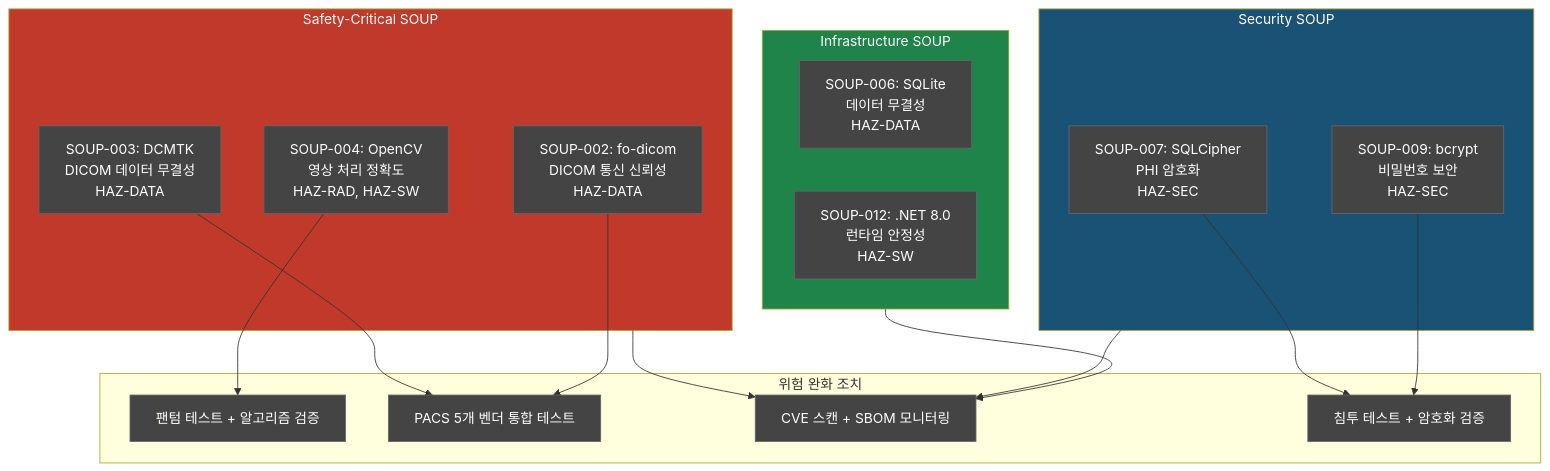
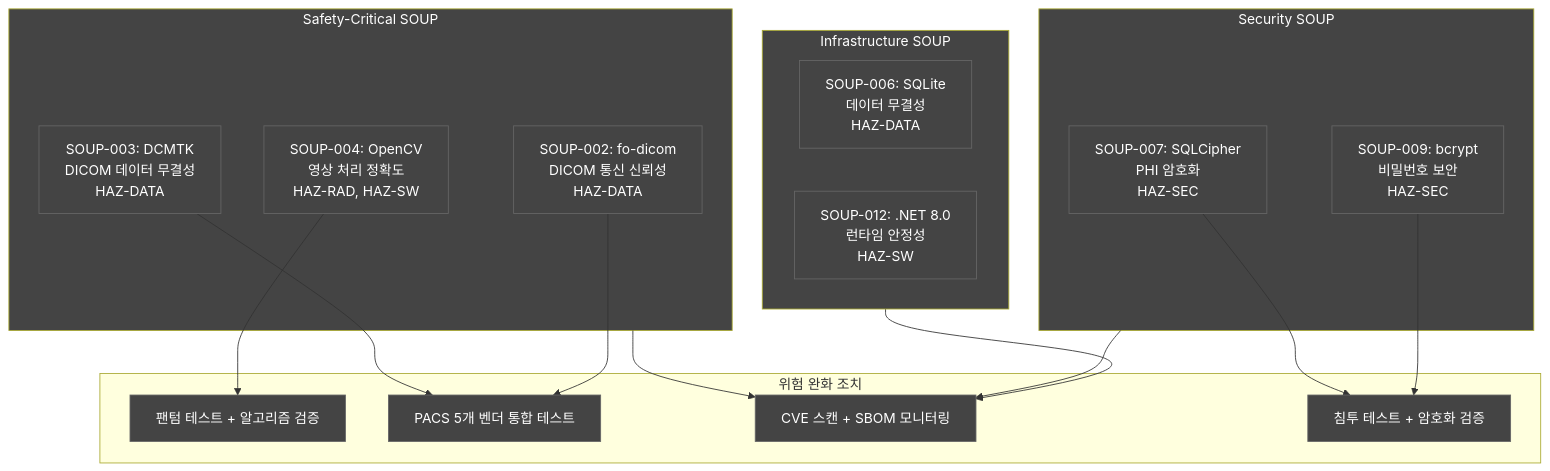
The seventh of 8 diagrams in docs/planning/DOC-004_FRS_v2.0.md (holee9/console-gui), drawn with Mermaid before and after one commit. The commit also changed other lines of this file and 35 other files, not shown here.

First line of the commit message:
fix: 전체 Mermaid 차트 색상 진한 회색 통일

````diff
--- a/docs/planning/DOC-004_FRS_v2.0.md
+++ b/docs/planning/DOC-004_FRS_v2.0.md
@@ -961,35 +961,35 @@
 ```mermaid
 flowchart TD
     subgraph Critical["Safety-Critical SOUP"]
         S4["SOUP-004: OpenCV\n영상 처리 정확도\nHAZ-RAD, HAZ-SW"]
         S3["SOUP-003: DCMTK\nDICOM 데이터 무결성\nHAZ-DATA"]
         S2["SOUP-002: fo-dicom\nDICOM 통신 신뢰성\nHAZ-DATA"]
     end
 
     subgraph Security["Security SOUP"]
         S7["SOUP-007: SQLCipher\nPHI 암호화\nHAZ-SEC"]
         S9["SOUP-009: bcrypt\n비밀번호 보안\nHAZ-SEC"]
     end
 
     subgraph Infrastructure["Infrastructure SOUP"]
         S6["SOUP-006: SQLite\n데이터 무결성\nHAZ-DATA"]
         S12["SOUP-012: .NET 8.0\n런타임 안정성\nHAZ-SW"]
     end
 
     subgraph Mitigation["위험 완화 조치"]
         M1["팬텀 테스트 + 알고리즘 검증"]
         M2["PACS 5개 벤더 통합 테스트"]
         M3["CVE 스캔 + SBOM 모니터링"]
         M4["침투 테스트 + 암호화 검증"]
     end
 
     S4 --> M1
     S3 & S2 --> M2
     Critical & Security & Infrastructure --> M3
     S7 & S9 --> M4
 
     classDef default fill:#444,stroke:#666,color:#fff
-    style Critical fill:#c0392b,color:#fff
-    style Security fill:#1a5276,color:#fff
-    style Infrastructure fill:#1e8449,color:#fff
+    style Critical fill:#444,color:#fff
+    style Security fill:#444,color:#fff
+    style Infrastructure fill:#444,color:#fff
 ```
````
